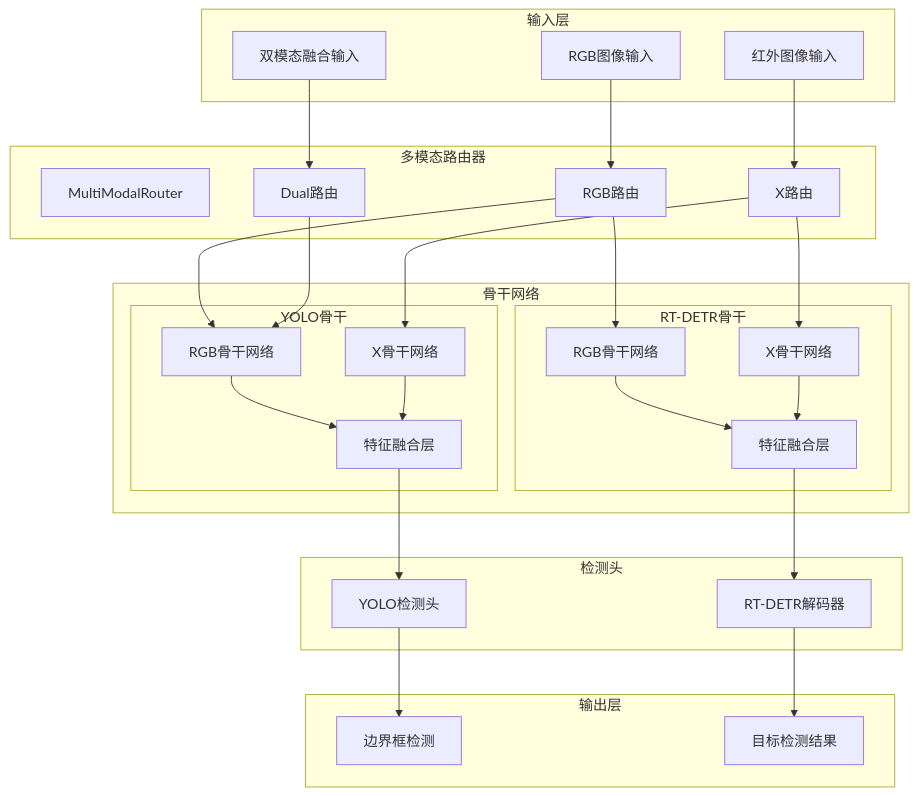
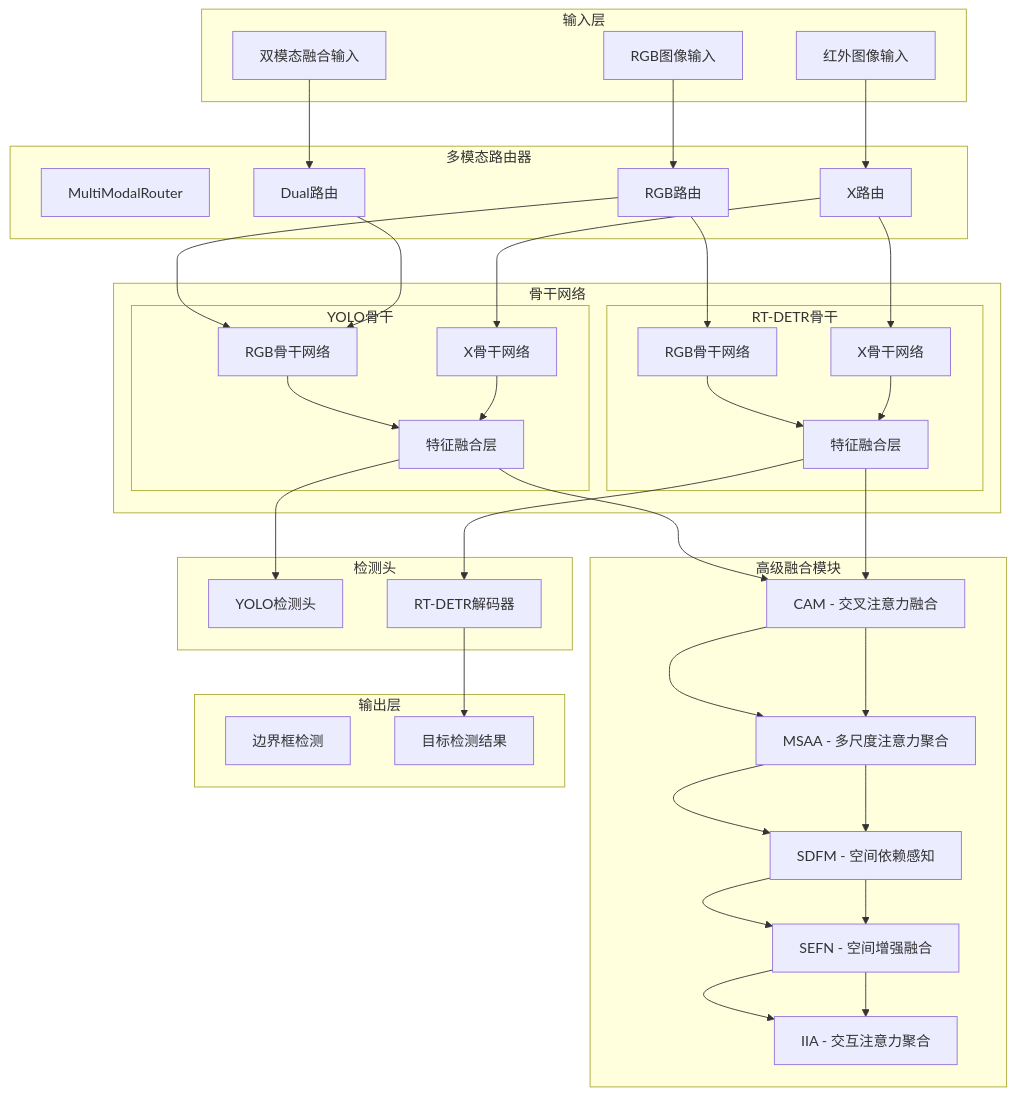
The second of 6 diagrams in .qoder/repowiki/zh/content/模型配置与管理/模型架构设计/RT-MM模型配置集合.md (2208754827/MM-IMPROVE), drawn with Mermaid before and after one commit. The commit also changed other lines of this file and 1211 other files, not shown here.

````diff
--- a/.qoder/repowiki/zh/content/模型配置与管理/模型架构设计/RT-MM模型配置集合.md
+++ b/.qoder/repowiki/zh/content/模型配置与管理/模型架构设计/RT-MM模型配置集合.md
@@ -127,50 +160,66 @@
 ```mermaid
 graph TB
 subgraph "输入层"
 RGB[RGB图像输入]
 IR[红外图像输入]
 Dual[双模态融合输入]
 end
 subgraph "多模态路由器"
 Router[MultiModalRouter]
 RouteRGB[RGB路由]
 RouteX[X路由]
 RouteDual[Dual路由]
 end
 subgraph "骨干网络"
 subgraph "YOLO骨干"
 YOLO_RGB[RGB骨干网络]
 YOLO_X[X骨干网络]
 YOLO_Fusion[特征融合层]
 end
 subgraph "RT-DETR骨干"
 RT_RGB[RGB骨干网络]
 RT_X[X骨干网络]
 RT_Fusion[特征融合层]
 end
 end
+subgraph "高级融合模块"
+CAM[CAM - 交叉注意力融合]
+MSAA[MSAA - 多尺度注意力聚合]
+SDFM[SDFM - 空间依赖感知]
+SEFN[SEFN - 空间增强融合]
+IIA[IIA - 交互注意力聚合]
+end
 subgraph "检测头"
 YOLO_Head[YOLO检测头]
 RT_Head[RT-DETR解码器]
 end
 subgraph "输出层"
 YOLO_Output[边界框检测]
 RT_Output[目标检测结果]
 end
 RGB --> RouteRGB
 IR --> RouteX
 Dual --> RouteDual
 RouteRGB --> YOLO_RGB
 RouteX --> YOLO_X
 RouteDual --> YOLO_RGB
 YOLO_RGB --> YOLO_Fusion
 YOLO_X --> YOLO_Fusion
+YOLO_Fusion --> CAM
+CAM --> MSAA
+MSAA --> SDFM
+SDFM --> SEFN
+SEFN --> IIA
 YOLO_Fusion --> YOLO_Head
-YOLO_Head --> YOLO_Output
 RouteRGB --> RT_RGB
 RouteX --> RT_X
 RT_RGB --> RT_Fusion
 RT_X --> RT_Fusion
+RT_Fusion --> CAM
+CAM --> MSAA
+MSAA --> SDFM
+SDFM --> SEFN
+SEFN --> IIA
 RT_Fusion --> RT_Head
 RT_Head --> RT_Output
 ```
````
